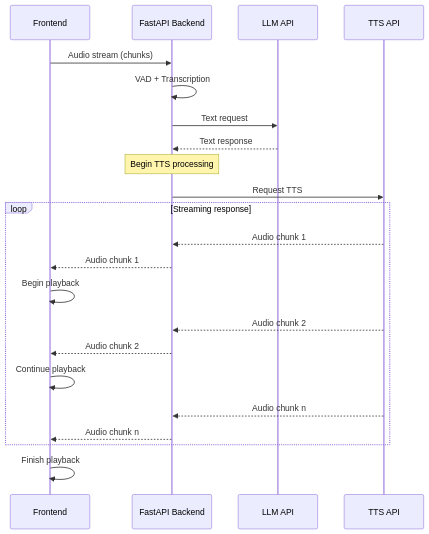
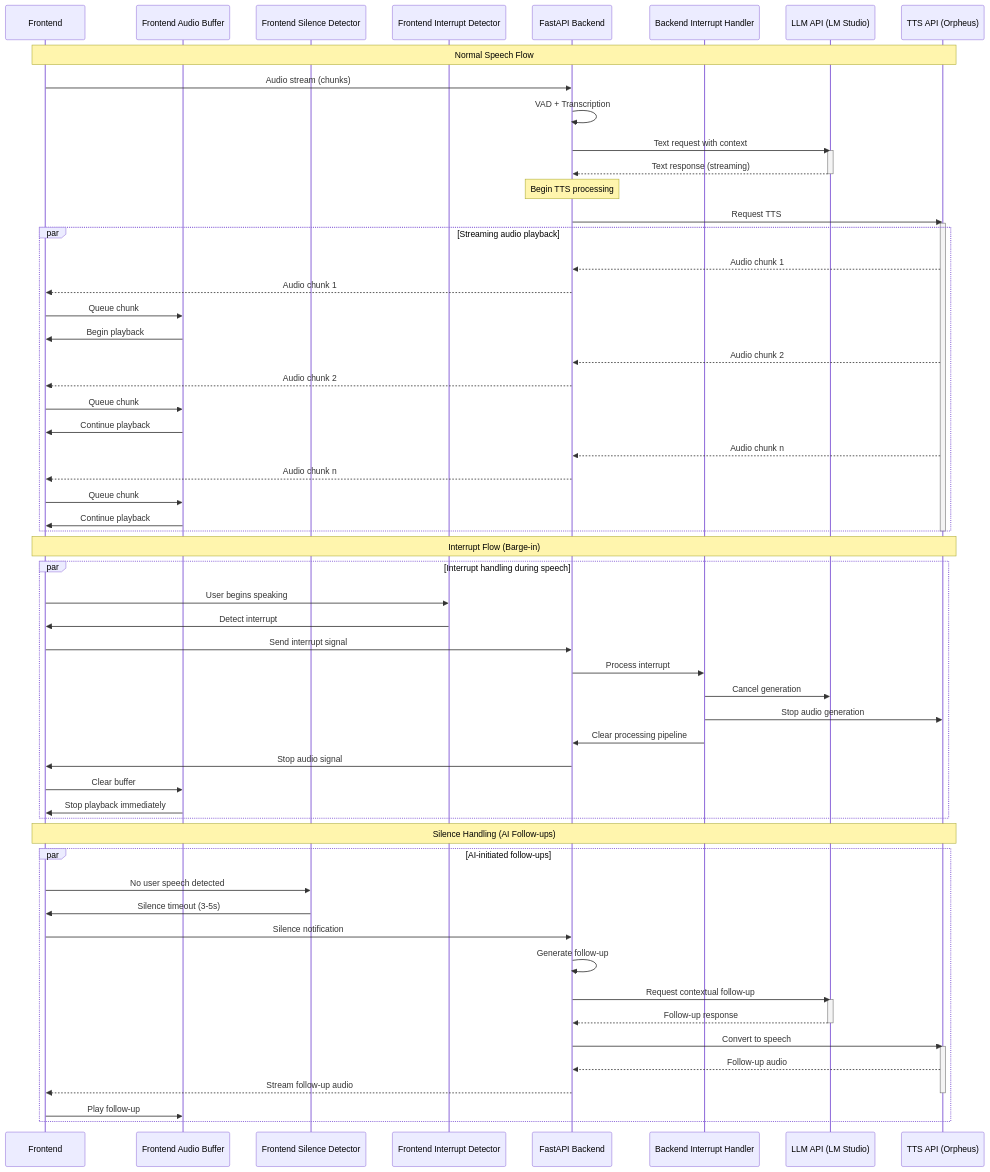
One commit to ronyr21/Vocalis changed the third of 3 diagrams in README.md. Above: the diagram before and after it, drawn with Mermaid. The commit also changed other lines of this file, not shown here.

````diff
--- a/README.md
+++ b/README.md
@@ -286,29 +442,78 @@
 ```mermaid
 sequenceDiagram
     participant Frontend
+    participant AudioBuffer as Frontend Audio Buffer
+    participant SilenceDetector as Frontend Silence Detector
+    participant InterruptDetector as Frontend Interrupt Detector
     participant Backend as FastAPI Backend
-    participant LLM as LLM API
-    participant TTS as TTS API
+    participant IntHandler as Backend Interrupt Handler
+    participant LLM as LLM API (LM Studio)
+    participant TTS as TTS API (Orpheus)
+    
+    Note over Frontend,TTS: Normal Speech Flow
     
     Frontend->>Backend: Audio stream (chunks)
     Backend->>Backend: VAD + Transcription
-    Backend->>LLM: Text request
-    LLM-->>Backend: Text response
+    Backend->>LLM: Text request with context
+    activate LLM
+    LLM-->>Backend: Text response (streaming)
+    deactivate LLM
     Note over Backend: Begin TTS processing
     Backend->>TTS: Request TTS
+    activate TTS
     
-    loop Streaming response
+    %% Show parallel processing
+    par Streaming audio playback
         TTS-->>Backend: Audio chunk 1
         Backend-->>Frontend: Audio chunk 1
-        Frontend->>Frontend: Begin playback
+        Frontend->>AudioBuffer: Queue chunk
+        AudioBuffer->>Frontend: Begin playback
         
         TTS-->>Backend: Audio chunk 2
         Backend-->>Frontend: Audio chunk 2
-        Frontend->>Frontend: Continue playback
+        Frontend->>AudioBuffer: Queue chunk
+        AudioBuffer->>Frontend: Continue playback
         
         TTS-->>Backend: Audio chunk n
         Backend-->>Frontend: Audio chunk n
+        Frontend->>AudioBuffer: Queue chunk
+        AudioBuffer->>Frontend: Continue playback
+    end
+    deactivate TTS
+    
+    Note over Frontend,TTS: Interrupt Flow (Barge-in)
+    
+    par Interrupt handling during speech
+        Frontend->>InterruptDetector: User begins speaking
+        InterruptDetector->>Frontend: Detect interrupt
+        Frontend->>Backend: Send interrupt signal
+        Backend->>IntHandler: Process interrupt
+        
+        IntHandler->>LLM: Cancel generation
+        IntHandler->>TTS: Stop audio generation
+        IntHandler->>Backend: Clear processing pipeline
+        
+        Backend->>Frontend: Stop audio signal
+        Frontend->>AudioBuffer: Clear buffer
+        AudioBuffer->>Frontend: Stop playback immediately
     end
     
-    Frontend->>Frontend: Finish playback
+    Note over Frontend,TTS: Silence Handling (AI Follow-ups)
+    
+    par AI-initiated follow-ups
+        Frontend->>SilenceDetector: No user speech detected
+        SilenceDetector->>Frontend: Silence timeout (3-5s)
+        Frontend->>Backend: Silence notification
+        Backend->>Backend: Generate follow-up
+        Backend->>LLM: Request contextual follow-up
+        activate LLM
+        LLM-->>Backend: Follow-up response
+        deactivate LLM
+        Backend->>TTS: Convert to speech
+        activate TTS
+        TTS-->>Backend: Follow-up audio
+        Backend-->>Frontend: Stream follow-up audio
+        deactivate TTS
+        Frontend->>AudioBuffer: Play follow-up
+    end
 ```
````
